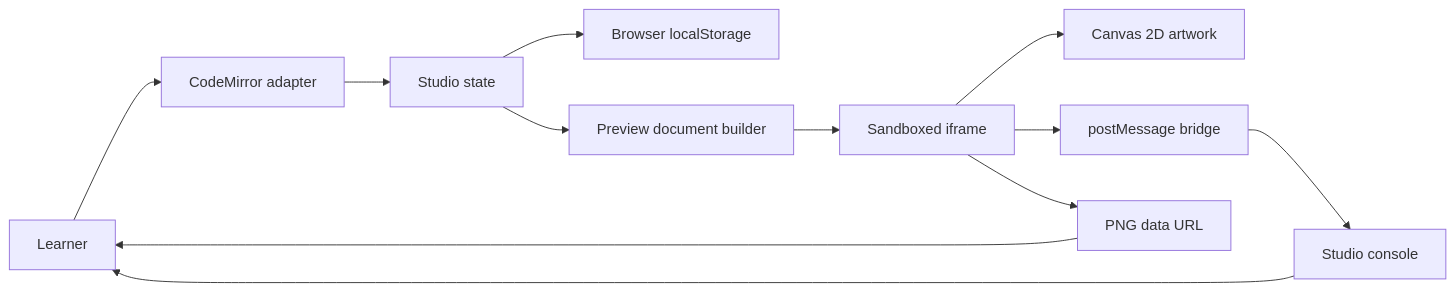
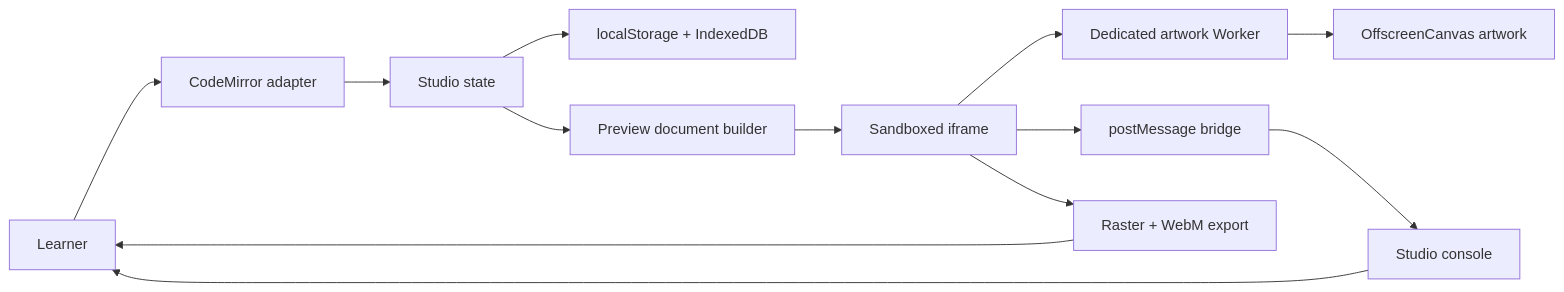
Before and after one commit to moslemajra85/canvas-atelier: the first of 2 diagrams in docs/ARCHITECTURE.md, drawn with Mermaid. The commit also changed other lines of this file and 22 other files, not shown here.

````diff
--- a/docs/ARCHITECTURE.md
+++ b/docs/ARCHITECTURE.md
@@ -16,14 +16,15 @@
 ```mermaid
 flowchart LR
     Learner[Learner] --> Editor[CodeMirror adapter]
     Editor --> State[Studio state]
-    State --> Storage[Browser localStorage]
+    State --> Storage[localStorage + IndexedDB]
     State --> Builder[Preview document builder]
     Builder --> Frame[Sandboxed iframe]
-    Frame --> Canvas[Canvas 2D artwork]
+    Frame --> Worker[Dedicated artwork Worker]
+    Worker --> Canvas[OffscreenCanvas artwork]
     Frame --> Bridge[postMessage bridge]
     Bridge --> Console[Studio console]
     Console --> Learner
-    Frame --> Export[PNG data URL]
+    Frame --> Export[Raster + WebM export]
     Export --> Learner
 ```
````
